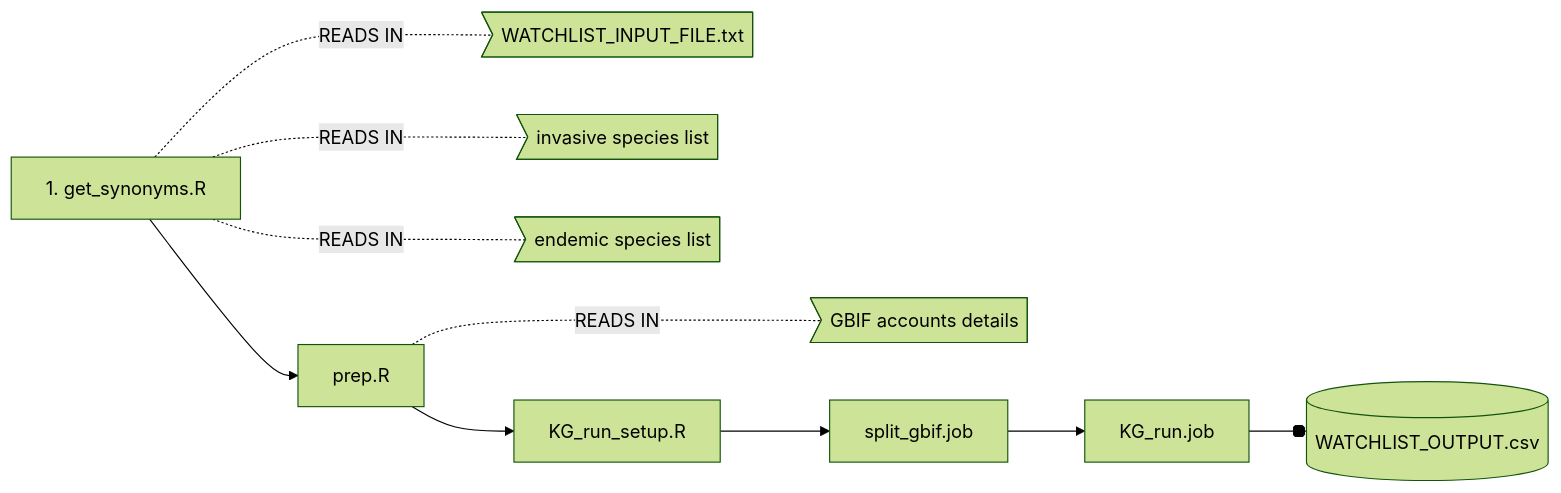
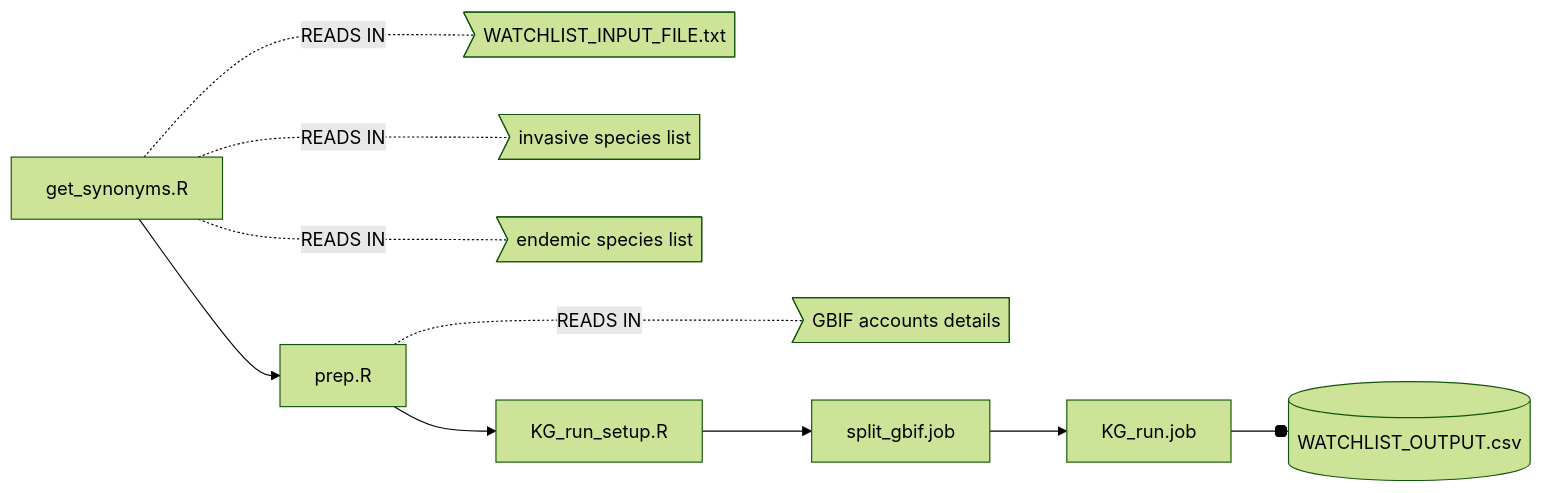
The diagram in README.md (clarkevansteenderen/KG_watchlist_parallel), drawn with Mermaid (forest theme) before and after one commit.

````diff
--- a/README.md
+++ b/README.md
@@ -44,10 +44,10 @@
 ```mermaid
   graph LR;
-      A[1. get_synonyms.R] --> B[prep.R]
+      A[get_synonyms.R] --> B[prep.R]
       A -..- |READS IN| C>WATCHLIST_INPUT_FILE.txt] & D>invasive species list] & E>endemic species list] 
       B -..- |READS IN| F>GBIF accounts details]
       B --> G[KG_run_setup.R]
       G --> H[split_gbif.job]
       H --> I[KG_run.job]
       I--o J[(WATCHLIST_OUTPUT.csv)]
 ```
````
